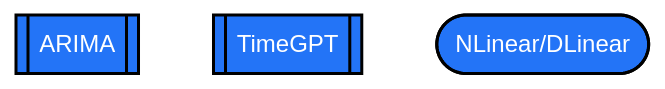
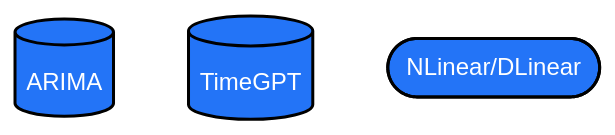
Before and after one commit to acatlin/mermaid: the third of 4 diagrams in labels_blue.md, drawn with Mermaid (forest theme).

Commit message:
Update labels_blue.md
blue objects

````diff
--- a/labels_blue.md
+++ b/labels_blue.md
@@ -39,17 +39,17 @@
 ```mermaid
 
 graph TD
 
   %% Colors %%
   classDef blue fill:#2374f7,stroke:#000,stroke-width:2px,color:#fff
   classDef orange fill:#fc822b,stroke:#000,stroke-width:2px,color:#fff
   classDef green fill:#16b552,stroke:#000,stroke-width:2px,color:#fff
   classDef red fill:#ed2633,stroke:#000,stroke-width:2px,color:#fff
   classDef magenta fill:magenta,stroke:#000,stroke-width:2px,color:#fff
   classDef s_p fill:#cf0029,stroke:#000,stroke-width:2px,color:#f7f7f7
 
-  A3[[ARIMA]]:::blue
-  B3[[TimeGPT]]:::blue
+  A3[(ARIMA)]:::blue
+  B3[(TimeGPT)]:::blue
   C3([NLinear/DLinear]):::blue
 
 ```
````
